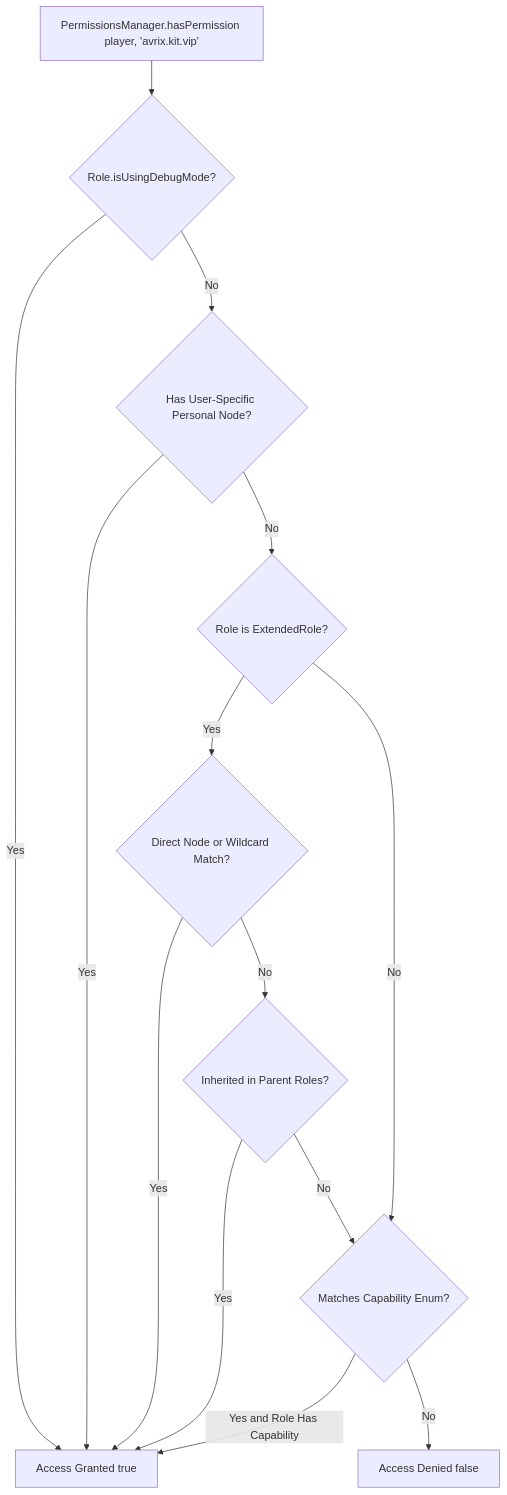
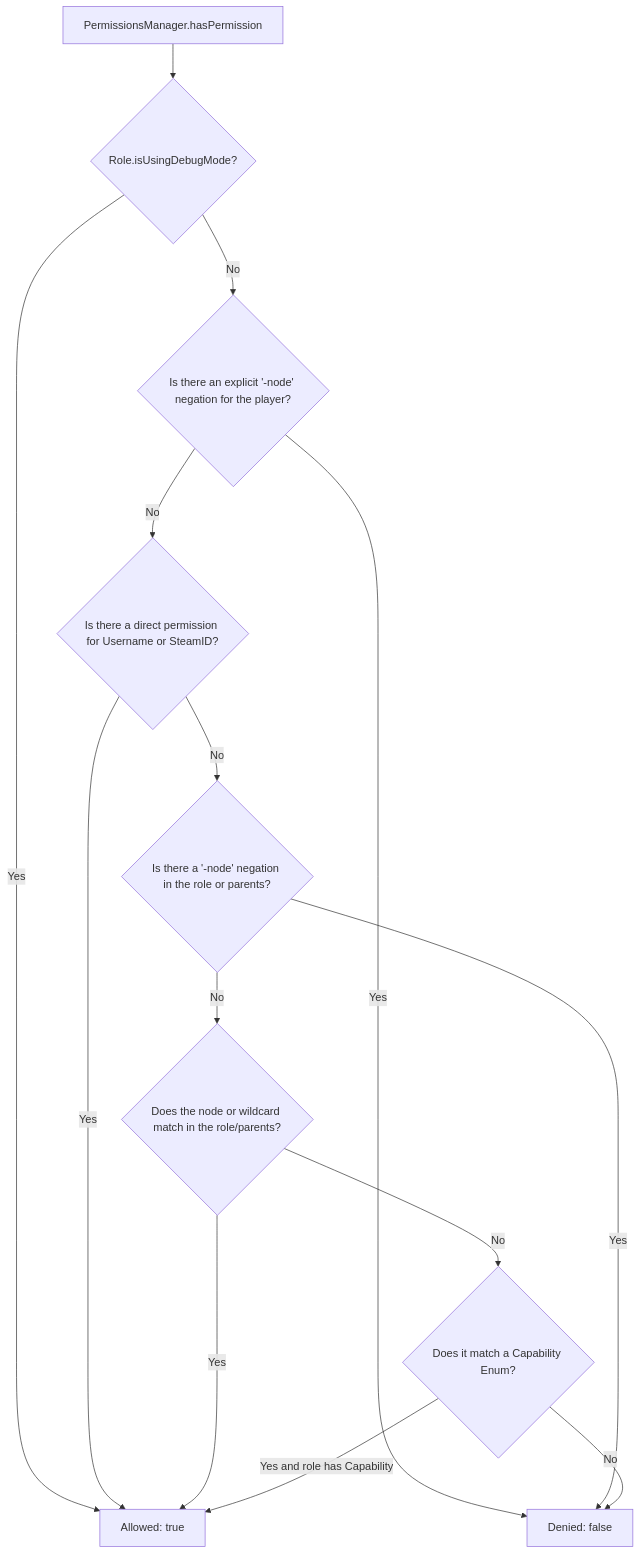
The diagram in wiki/en-US/wiki-permissions.md (Brov3r/Avrix-API), drawn with Mermaid before and after one commit. The commit also changed other lines of this file and 15 other files, not shown here.

````diff
--- a/wiki/en-US/wiki-permissions.md
+++ b/wiki/en-US/wiki-permissions.md
@@ -109,19 +199,21 @@
 ```mermaid
 flowchart TD
-    Check[PermissionsManager.hasPermission player, 'avrix.kit.vip'] --> Debug{Role.isUsingDebugMode?}
-    Debug -- Yes --> Allow[Access Granted true]
-    Debug -- No --> Personal{Has User-Specific Personal Node?}
+    Start[PermissionsManager.hasPermission] --> Debug{Role.isUsingDebugMode?}
+    Debug -- Yes --> Allow[Allowed: true]
+    Debug -- No --> NegCheck{Is there an explicit '-node' negation for the player?}
     
-    Personal -- Yes --> Allow
-    Personal -- No --> RoleCheck{Role is ExtendedRole?}
+    NegCheck -- Yes --> Deny[Denied: false]
+    NegCheck -- No --> DirectCheck{Is there a direct permission for Username or SteamID?}
     
-    RoleCheck -- Yes --> ERCheck{Direct Node or Wildcard Match?}
-    ERCheck -- Yes --> Allow
-    ERCheck -- No --> Inherit{Inherited in Parent Roles?}
-    Inherit -- Yes --> Allow
-    Inherit -- No --> CapCheck{Matches Capability Enum?}
+    DirectCheck -- Yes --> Allow
+    DirectCheck -- No --> RoleNeg{Is there a '-node' negation in the role or parents?}
     
-    RoleCheck -- No --> CapCheck
-    CapCheck -- Yes and Role Has Capability --> Allow
-    CapCheck -- No --> Deny[Access Denied false]
+    RoleNeg -- Yes --> Deny
+    RoleNeg -- No --> RoleCheck{Does the node or wildcard match in the role/parents?}
+    
+    RoleCheck -- Yes --> Allow
+    RoleCheck -- No --> CapCheck{Does it match a Capability Enum?}
+    
+    CapCheck -- Yes and role has Capability --> Allow
+    CapCheck -- No --> Deny
 ```
````
